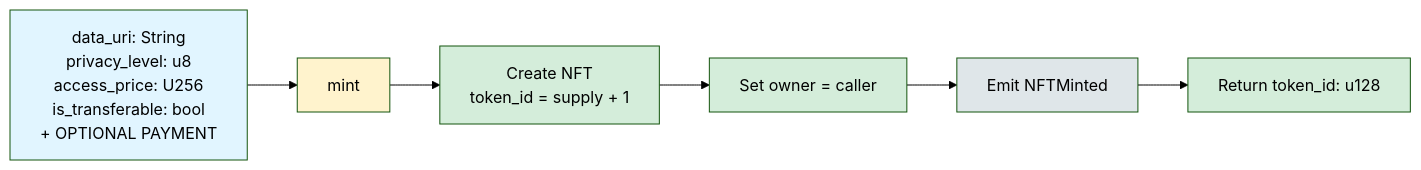
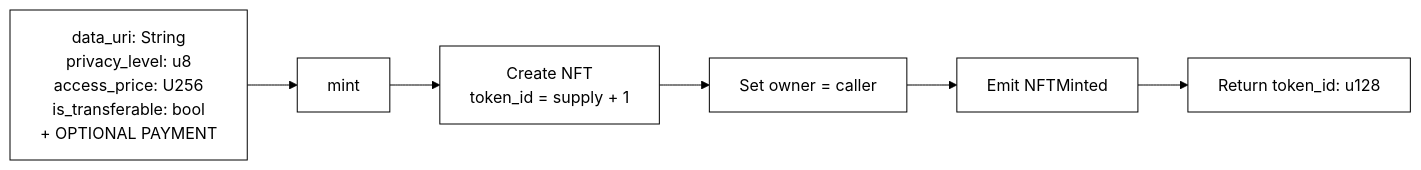
Before and after one commit to PolkaMesh/PolkaMesh-Contracts: the fourth of 18 diagrams in data_nft_registry/README.md, drawn with Mermaid (forest theme). The commit also changed other lines of this file and 4 other files, not shown here.

````diff
--- a/data_nft_registry/README.md
+++ b/data_nft_registry/README.md
@@ -107,15 +107,15 @@
 ```mermaid
 graph LR
     A[data_uri: String<br/>privacy_level: u8<br/>access_price: U256<br/>is_transferable: bool<br/>+ OPTIONAL PAYMENT] --> B[mint]
     B --> C[Create NFT<br/>token_id = supply + 1]
     C --> D[Set owner = caller]
     D --> E[Emit NFTMinted]
     E --> F[Return token_id: u128]
 
-    style A fill:#e1f5ff
-    style B fill:#fff3cd
-    style C fill:#d4edda
-    style D fill:#d4edda
-    style E fill:#dfe6e9
-    style F fill:#d4edda
+    style A fill:#ffffff,stroke:#000000,color:#000000
+    style B fill:#ffffff,stroke:#000000,color:#000000
+    style C fill:#ffffff,stroke:#000000,color:#000000
+    style D fill:#ffffff,stroke:#000000,color:#000000
+    style E fill:#ffffff,stroke:#000000,color:#000000
+    style F fill:#ffffff,stroke:#000000,color:#000000
 ```
````
